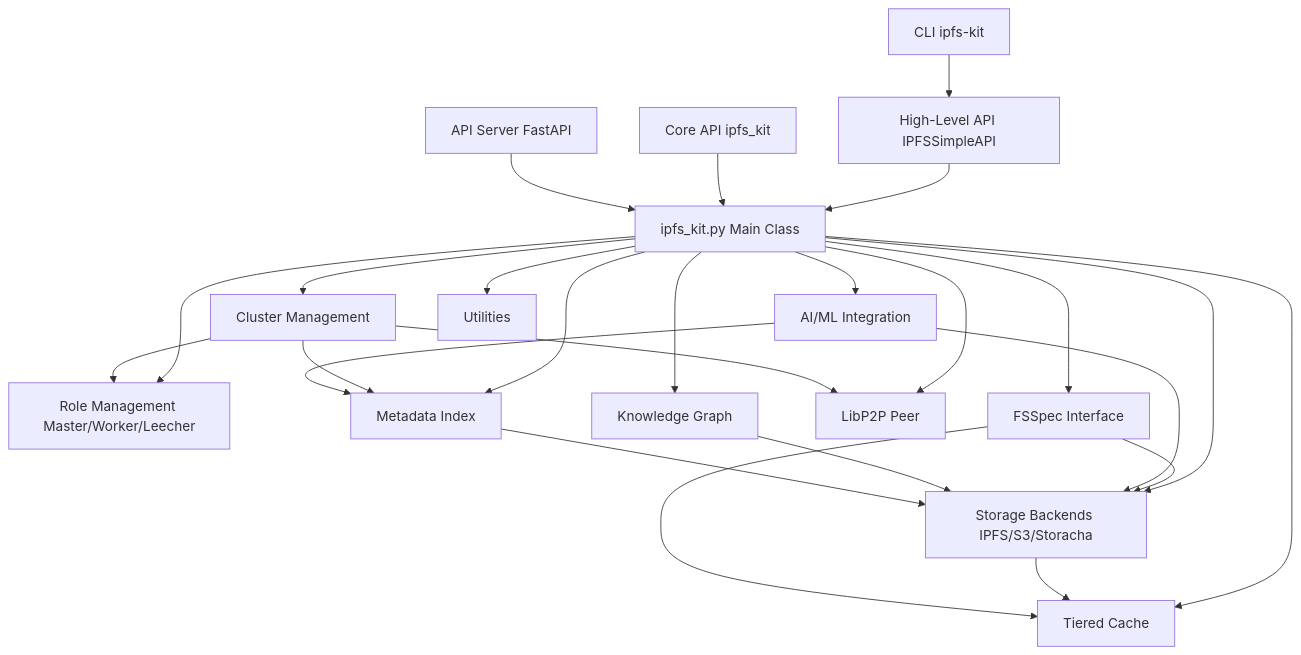
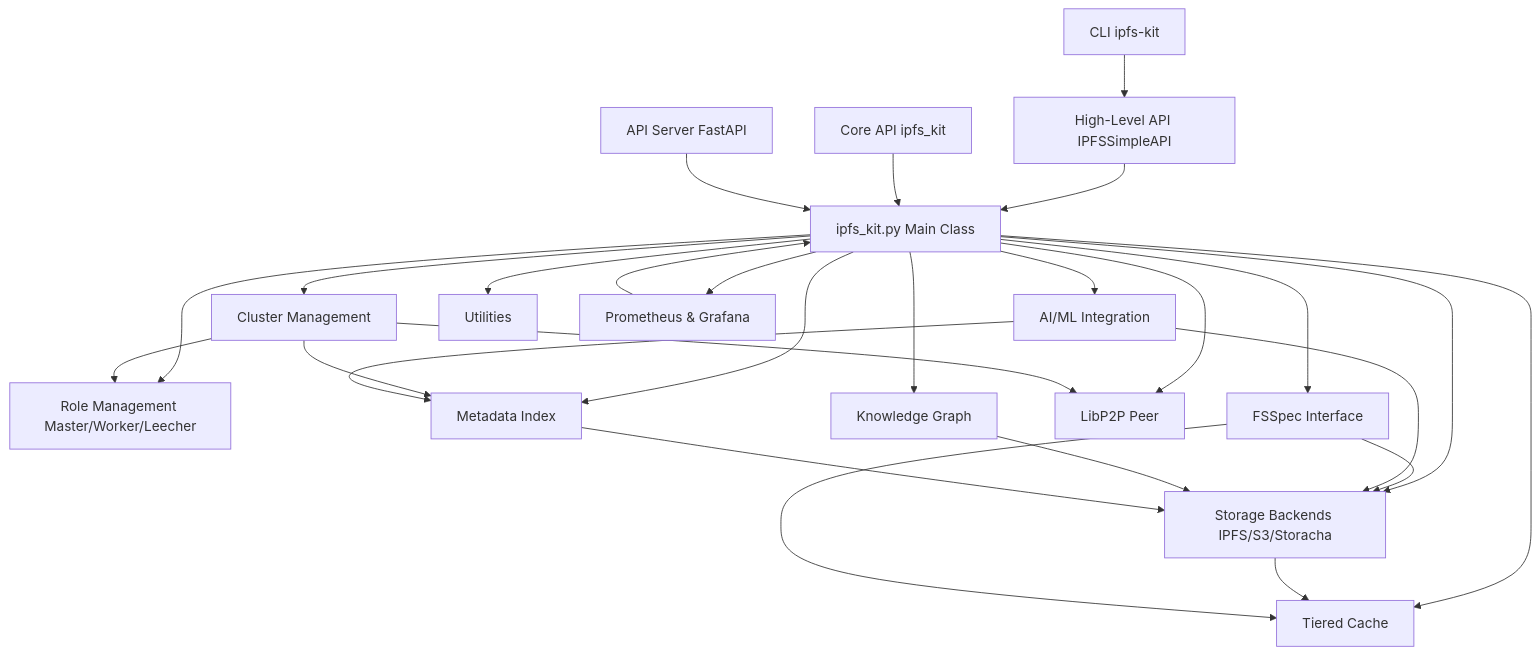
Before and after one commit to endomorphosis/ipfs_kit_py: the diagram in README.md, drawn with Mermaid. The commit also changed other lines of this file and 12 other files, not shown here.

````diff
--- a/README.md
+++ b/README.md
@@ -11,46 +11,49 @@
 ```mermaid
 graph TD
     CLI[CLI ipfs-kit]
     HLAPI[High-Level API IPFSSimpleAPI]
     CoreAPI[Core API ipfs_kit]
     APIServer[API Server FastAPI]
     
     Kit[ipfs_kit.py Main Class]
     Roles[Role Management Master/Worker/Leecher]
     ClusterMgmt[Cluster Management]
     Storage[Storage Backends IPFS/S3/Storacha]
     FSSpec[FSSpec Interface]
     Cache[Tiered Cache]
     Metadata[Metadata Index]
     LibP2P[LibP2P Peer]
     AIML[AI/ML Integration]
     KnowledgeGraph[Knowledge Graph]
     Utils[Utilities]
+    Observability[Prometheus & Grafana]
 
     CLI --> HLAPI
     HLAPI --> Kit
     CoreAPI --> Kit
     APIServer --> Kit
 
     Kit --> Roles
     Kit --> ClusterMgmt
     Kit --> Storage
     Kit --> FSSpec
     Kit --> Cache
     Kit --> Metadata
     Kit --> LibP2P
     Kit --> AIML
     Kit --> KnowledgeGraph
     Kit --> Utils
+    Kit --> Observability
 
     ClusterMgmt --> Roles
     ClusterMgmt --> LibP2P
     ClusterMgmt --> Metadata
     Storage --> Cache
     FSSpec --> Storage
     FSSpec --> Cache
     AIML --> Storage
     AIML --> Metadata
     KnowledgeGraph --> Storage
     Metadata --> Storage
+    Observability --> Kit
 ```
````
